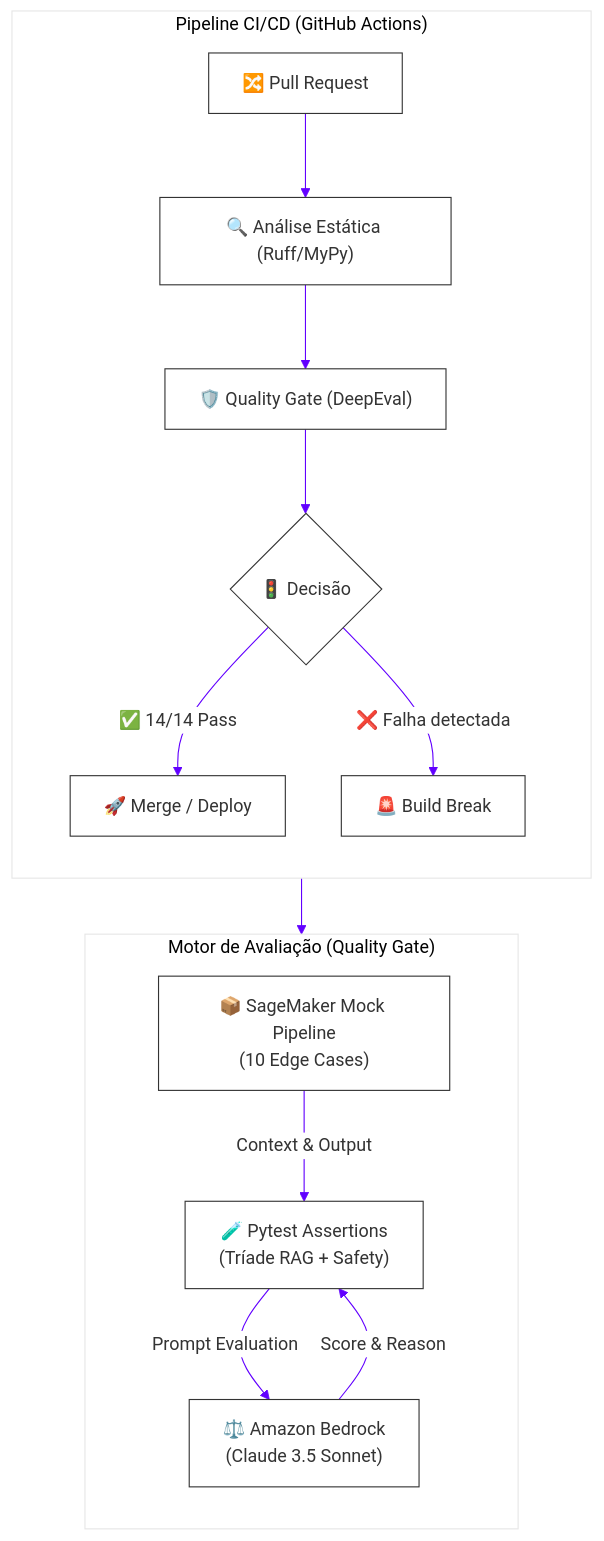
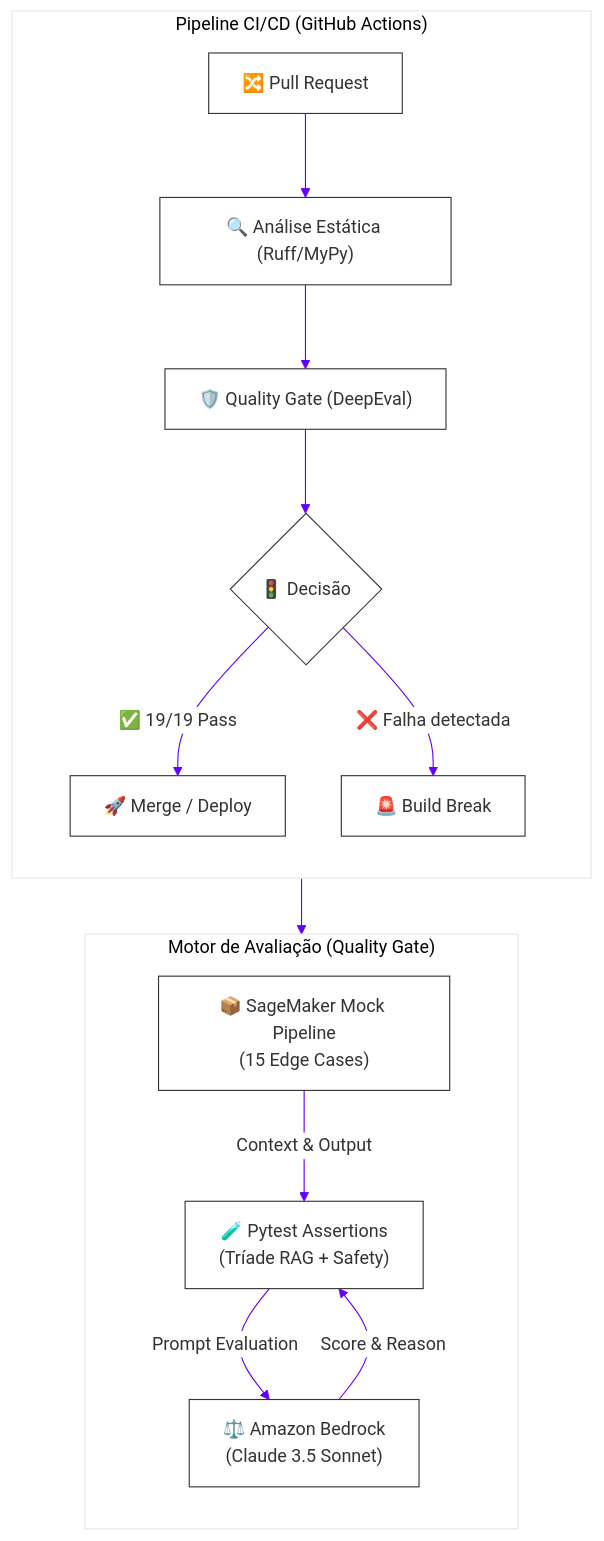
One commit to vfcarida/aws-llmops-quality-gates changed the diagram in README.md. Above: the diagram before and after it, drawn with Mermaid. The commit also changed other lines of this file and 3 other files, not shown here.

````diff
--- a/README.md
+++ b/README.md
@@ -44,30 +46,30 @@
 ```mermaid
 %%{init: {'theme': 'base', 'themeVariables': { 'primaryColor': '#ffffff', 'primaryBorderColor': '#333333', 'primaryTextColor': '#333333', 'lineColor': '#6200FF'}}}%%
 flowchart TB
     subgraph CI["Pipeline CI/CD (GitHub Actions)"]
         direction TB
         PUSH["🔀 Pull Request"]
         LINT["🔍 Análise Estática (Ruff/MyPy)"]
         GATE["🛡️ Quality Gate (DeepEval)"]
         DECISION{"🚦 Decisão"}
         DEPLOY["🚀 Merge / Deploy"]
         BLOCK["🚨 Build Break"]
         
         PUSH --> LINT --> GATE --> DECISION
-        DECISION -- "✅ 14/14 Pass" --> DEPLOY
+        DECISION -- "✅ 19/19 Pass" --> DEPLOY
         DECISION -- "❌ Falha detectada" --> BLOCK
     end
 
     subgraph QG["Motor de Avaliação (Quality Gate)"]
         direction TB
-        MOCK["📦 SageMaker Mock Pipeline\n(10 Edge Cases)"]
+        MOCK["📦 SageMaker Mock Pipeline\n(15 Edge Cases)"]
         TESTS["🧪 Pytest Assertions\n(Tríade RAG + Safety)"]
         JUDGE["⚖️ Amazon Bedrock\n(Claude 3.5 Sonnet)"]
         
         MOCK -->|Context & Output| TESTS
         TESTS -->|Prompt Evaluation| JUDGE
         JUDGE -->|Score & Reason| TESTS
     end
 
     GATE --> QG
 ```
````
